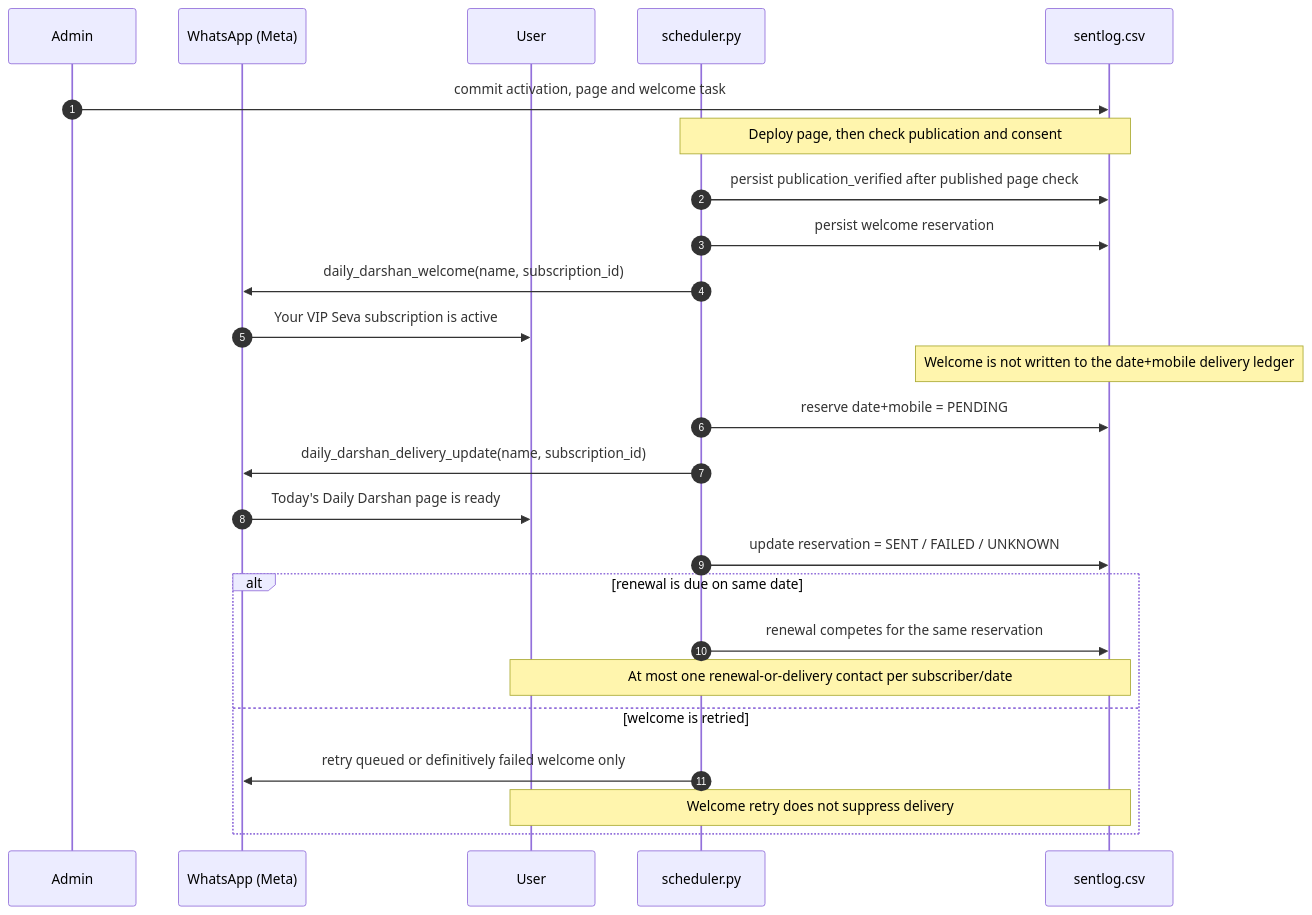
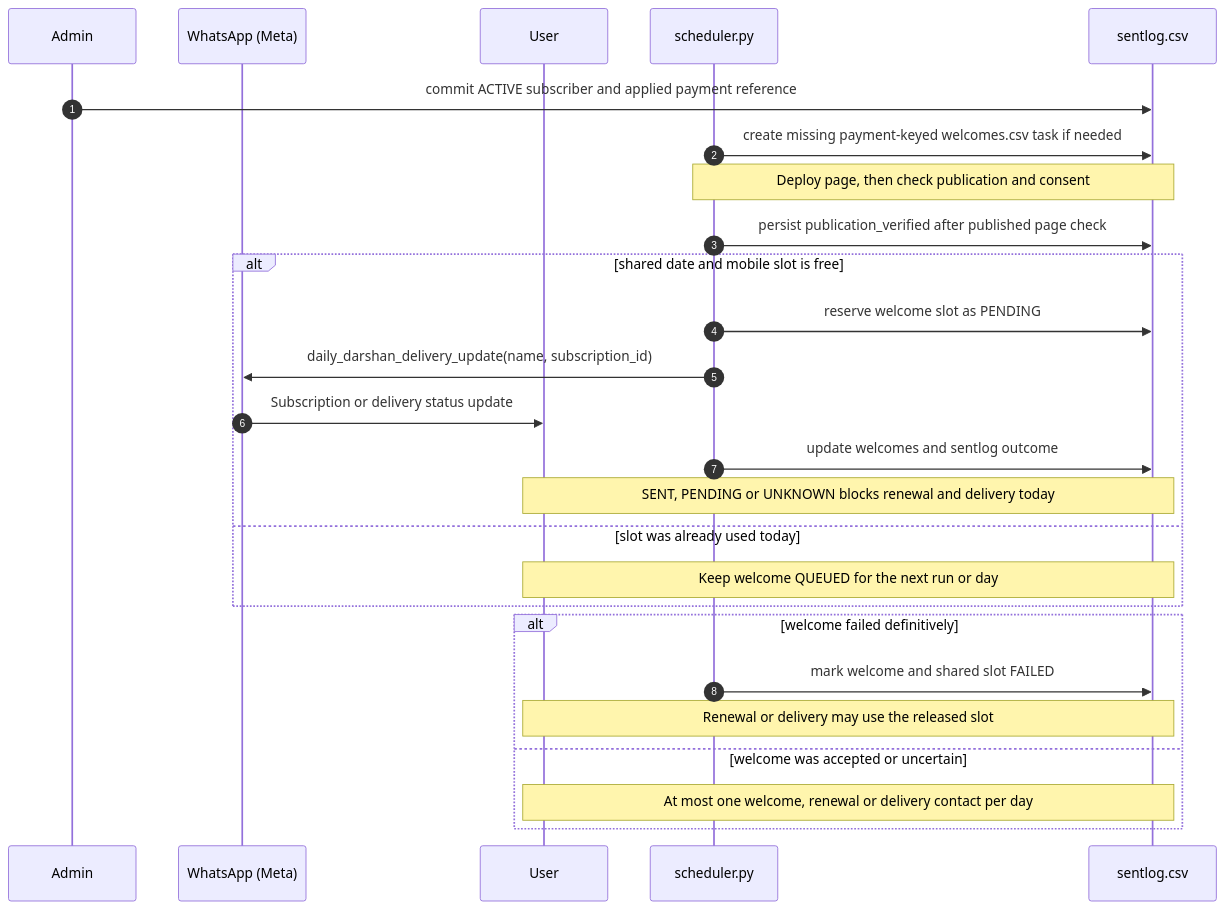
The ninth of 10 diagrams in sequence-diagrams.md (mishnit/daily-darshan), drawn with Mermaid before and after one commit. The commit also changed other lines of this file and 6 other files, not shown here.

Commit message:
Queue activation welcomes from subscriber state

````diff
--- a/sequence-diagrams.md
+++ b/sequence-diagrams.md
@@ -410,30 +410,30 @@
 ```mermaid
 sequenceDiagram
     autonumber
     participant Admin
     participant WA as WhatsApp (Meta)
     participant User
     participant Sched as scheduler.py
     participant Repo as sentlog.csv
 
-    Admin->>Repo: commit activation, page and welcome task
+    Admin->>Repo: commit ACTIVE subscriber and applied payment reference
+    Sched->>Repo: create missing payment-keyed welcomes.csv task if needed
     Note over Sched,Repo: Deploy page, then check publication and consent
     Sched->>Repo: persist publication_verified after published page check
-    Sched->>Repo: persist welcome reservation
-    Sched->>WA: daily_darshan_welcome(name, subscription_id)
-    WA->>User: Your VIP Seva subscription is active
-    Note over Repo: Welcome is not written to the date+mobile delivery ledger
+    alt shared date and mobile slot is free
+        Sched->>Repo: reserve welcome slot as PENDING
+        Sched->>WA: daily_darshan_delivery_update(name, subscription_id)
+        WA->>User: Subscription or delivery status update
+        Sched->>Repo: update welcomes and sentlog outcome
+        Note over User,Repo: SENT, PENDING or UNKNOWN blocks renewal and delivery today
+    else slot was already used today
+        Note over User,Repo: Keep welcome QUEUED for the next run or day
+    end
 
-    Sched->>Repo: reserve date+mobile = PENDING
-    Sched->>WA: daily_darshan_delivery_update(name, subscription_id)
-    WA->>User: Today's Daily Darshan page is ready
-    Sched->>Repo: update reservation = SENT / FAILED / UNKNOWN
-
-    alt renewal is due on same date
-        Sched->>Repo: renewal competes for the same reservation
-        Note over User,Repo: At most one renewal-or-delivery contact per subscriber/date
-    else welcome is retried
-        Sched->>WA: retry queued or definitively failed welcome only
-        Note over User,Repo: Welcome retry does not suppress delivery
+    alt welcome failed definitively
+        Sched->>Repo: mark welcome and shared slot FAILED
+        Note over User,Repo: Renewal or delivery may use the released slot
+    else welcome was accepted or uncertain
+        Note over User,Repo: At most one welcome, renewal or delivery contact per day
     end
 ```
````
